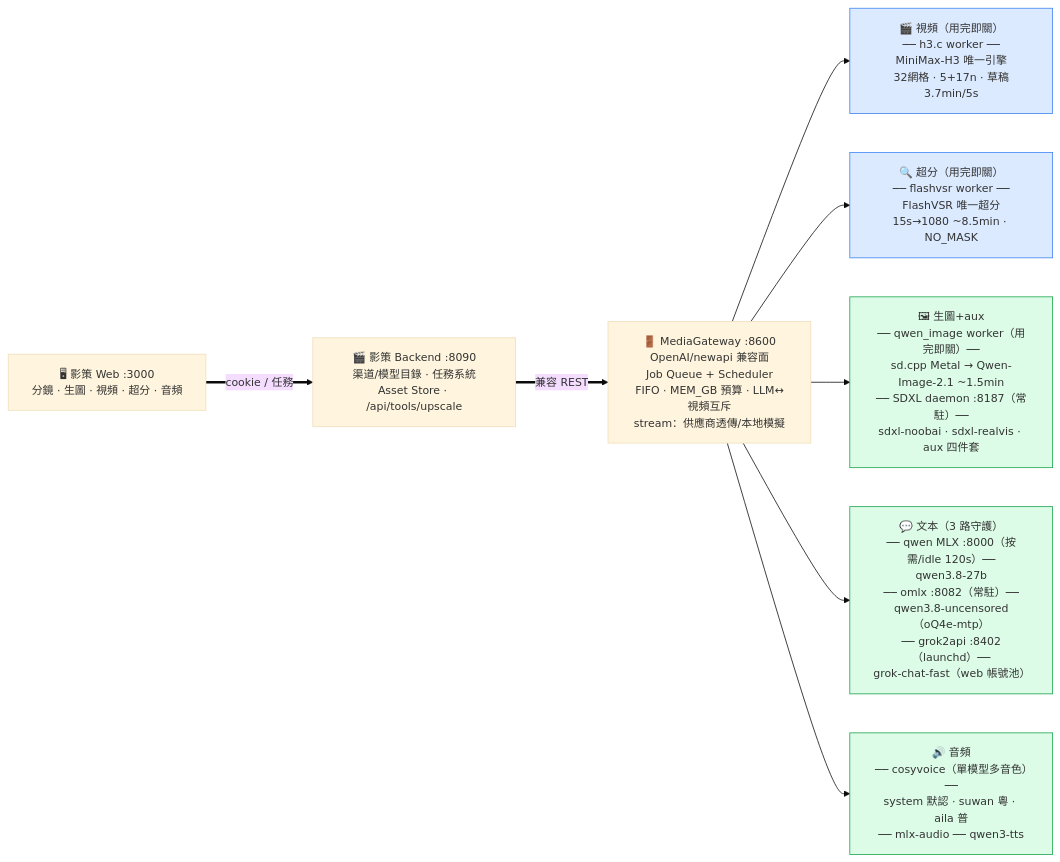
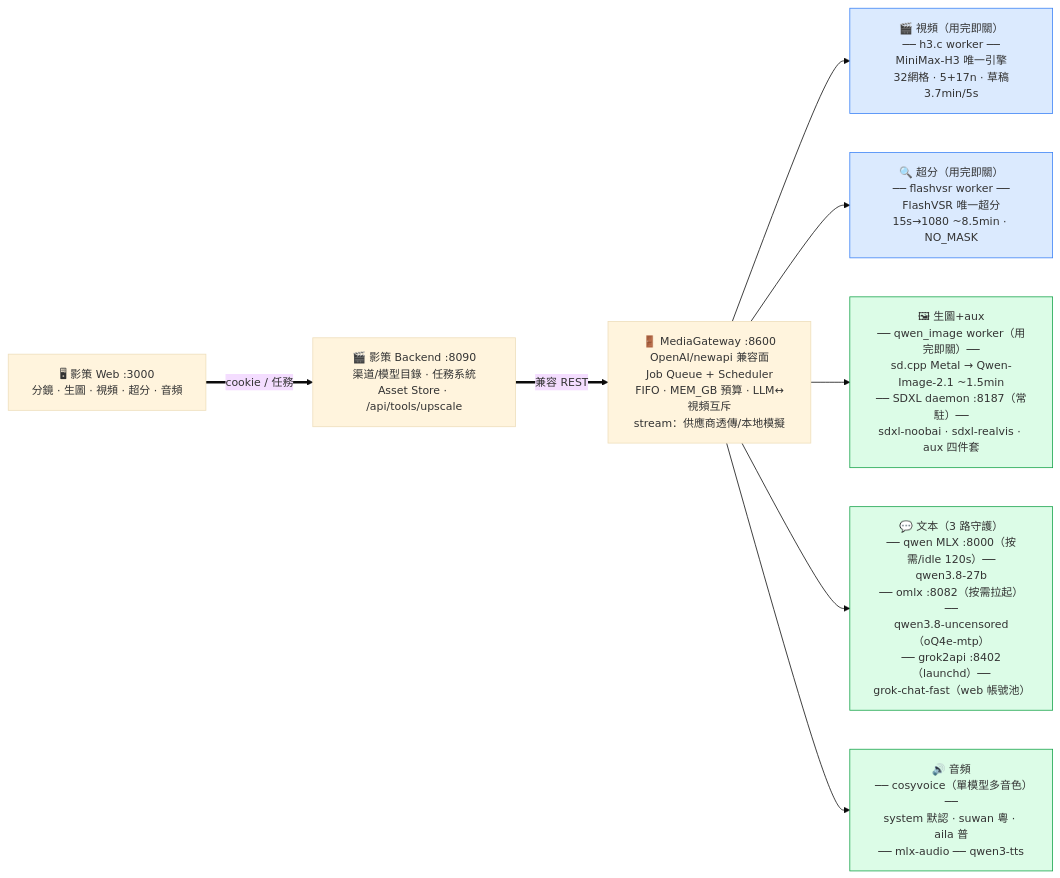
One commit to ouyexiaogongzhu/MediaGateway changed the diagram in docs/architecture.md. Above: the diagram before and after it, drawn with Mermaid. The commit also changed 2 other files, not shown here.

Commit message:
feat: omlx :8082 按需拉起（socket 探活 + spawn）
- qwen3.8-uncensored 請求前探活 :8082，端口死則自動 spawn omlx serve
  （--model-dir models + memory-guard safe，閒置模型自動卸載不佔常駐）
- 探活用裸 socket：urllib 會吃 macOS 系統代理配置，localhost 也被劫持
  （此前 180s 超時的真兇）
- 實測：kill omlx 後 Gateway 調用自動拉起，8.7s 出乾淨回覆
- 架構圖/文檔標籤同步（常駐 → 按需拉起）

````diff
--- a/docs/architecture.md
+++ b/docs/architecture.md
@@ -6,21 +6,21 @@
 ```mermaid
 %%{init:{"theme":"base","themeVariables":{"fontSize":"14px"}}}%%
 flowchart LR
     UI["🖥 影策 Web :3000<br/>分鏡 · 生圖 · 視頻 · 超分 · 音頻"]
     Y["🎬 影策 Backend :8090<br/>渠道/模型目錄 · 任務系統<br/>Asset Store · /api/tools/upscale"]
     GW["🚪 MediaGateway :8600<br/>OpenAI/newapi 兼容面<br/>Job Queue + Scheduler<br/>FIFO · MEM_GB 預算 · LLM↔視頻互斥<br/>stream：供應商透傳/本地模擬"]
 
     VIDEO["🎬 視頻（用完即關）<br/>── h3.c worker ──<br/>MiniMax-H3 唯一引擎<br/>32網格 · 5+17n · 草稿3.7min/5s"]
     UP["🔍 超分（用完即關）<br/>── flashvsr worker ──<br/>FlashVSR 唯一超分<br/>15s→1080 ~8.5min · NO_MASK"]
     IMG["🖼 生圖+aux<br/>── qwen_image worker（用完即關）──<br/>sd.cpp Metal → Qwen-Image-2.1 ~1.5min<br/>── SDXL daemon :8187（常駐）──<br/>sdxl-noobai · sdxl-realvis · aux 四件套"]
-    TXT["💬 文本（3 路守護）<br/>── qwen MLX :8000（按需/idle 120s）──<br/>qwen3.8-27b<br/>── omlx :8082（常駐）──<br/>qwen3.8-uncensored（oQ4e-mtp）<br/>── grok2api :8402（launchd）──<br/>grok-chat-fast（web 帳號池）"]
+    TXT["💬 文本（3 路守護）<br/>── qwen MLX :8000（按需/idle 120s）──<br/>qwen3.8-27b<br/>── omlx :8082（按需拉起）──<br/>qwen3.8-uncensored（oQ4e-mtp）<br/>── grok2api :8402（launchd）──<br/>grok-chat-fast（web 帳號池）"]
     AUD["🔊 音頻<br/>── cosyvoice（單模型多音色）──<br/>system 默認 · suwan 粵 · aila 普<br/>── mlx-audio ── qwen3-tts"]
 
     classDef once fill:#dbeafe,stroke:#3b82f6
     classDef daemon fill:#dcfce7,stroke:#16a34a
     class VIDEO,UP once
     class IMG,TXT,AUD daemon
 
     UI ==>|"cookie / 任務"| Y ==>|"兼容 REST"| GW
     GW --> VIDEO & UP & IMG & TXT & AUD
 ```
````
